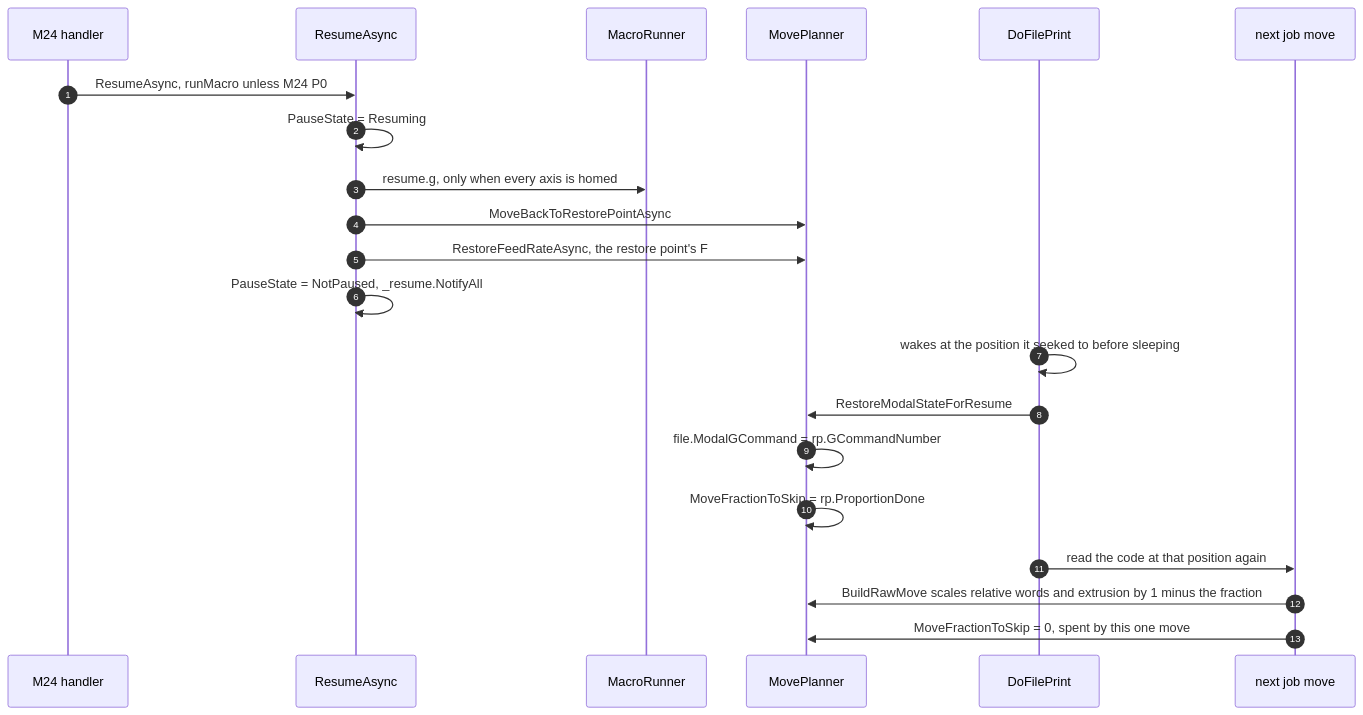
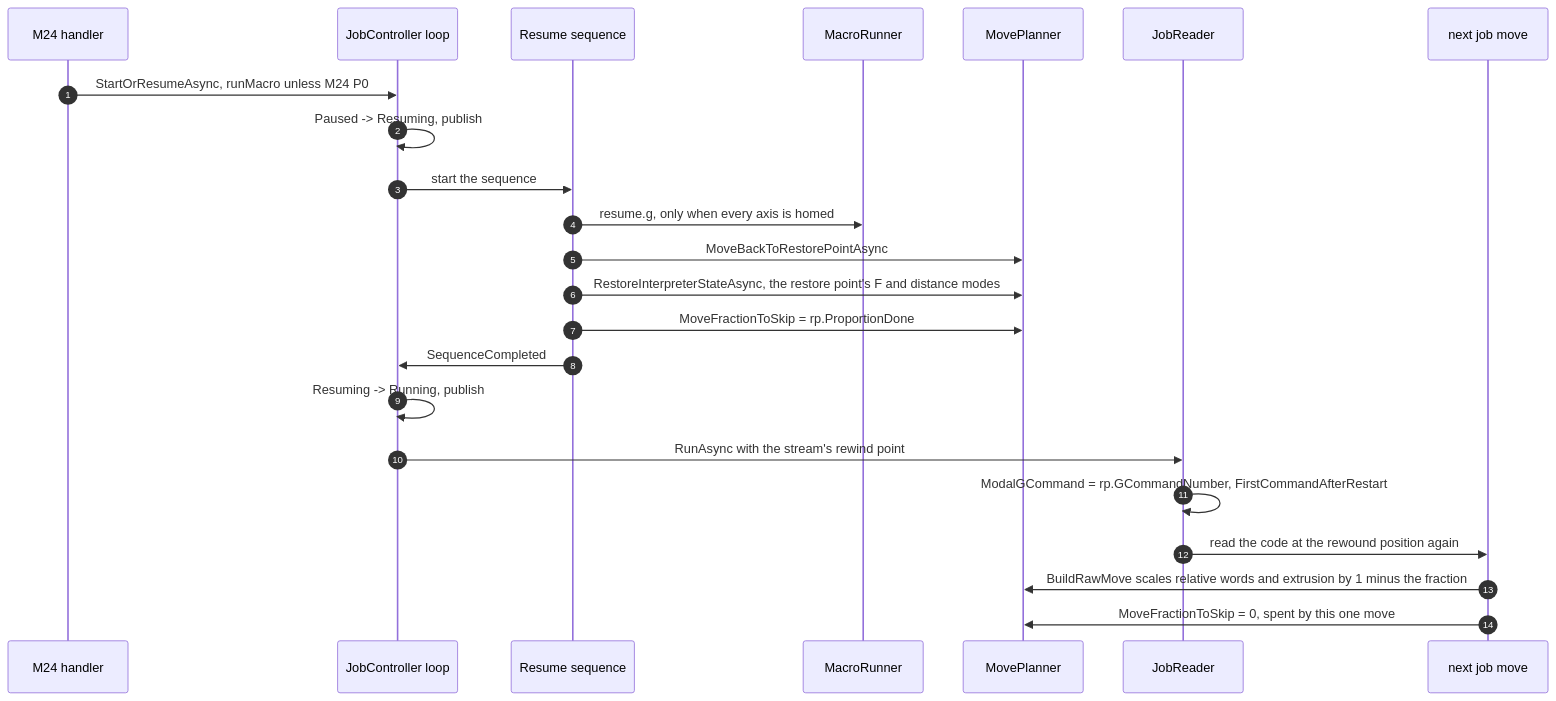
The fourth of 5 diagrams in src/Documentation/articles/pause-and-resume.md (Duet3D/DuetSoftwareFramework), drawn with Mermaid before and after one commit. The commit also changed other lines of this file and 29 other files, not shown here.

````diff
--- a/src/Documentation/articles/pause-and-resume.md
+++ b/src/Documentation/articles/pause-and-resume.md
@@ -280,24 +292,26 @@
 ```mermaid
 sequenceDiagram
     autonumber
     participant M as M24 handler
-    participant R as ResumeAsync
+    participant L as JobController loop
+    participant R as Resume sequence
     participant MR as MacroRunner
     participant PL as MovePlanner
-    participant J as DoFilePrint
+    participant J as JobReader
     participant S as next job move
 
-    M->>R: ResumeAsync, runMacro unless M24 P0
-    R->>R: PauseState = Resuming
+    M->>L: StartOrResumeAsync, runMacro unless M24 P0
+    L->>L: Paused -> Resuming, publish
+    L->>R: start the sequence
     R->>MR: resume.g, only when every axis is homed
     R->>PL: MoveBackToRestorePointAsync
-    R->>PL: RestoreFeedRateAsync, the restore point's F
-    R->>R: PauseState = NotPaused, _resume.NotifyAll
-    J->>J: wakes at the position it seeked to before sleeping
-    J->>PL: RestoreModalStateForResume
-    PL->>PL: file.ModalGCommand = rp.GCommandNumber
-    PL->>PL: MoveFractionToSkip = rp.ProportionDone
-    J->>S: read the code at that position again
+    R->>PL: RestoreInterpreterStateAsync, the restore point's F and distance modes
+    R->>PL: MoveFractionToSkip = rp.ProportionDone
+    R->>L: SequenceCompleted
+    L->>L: Resuming -> Running, publish
+    L->>J: RunAsync with the stream's rewind point
+    J->>J: ModalGCommand = rp.GCommandNumber, FirstCommandAfterRestart
+    J->>S: read the code at the rewound position again
     S->>PL: BuildRawMove scales relative words and extrusion by 1 minus the fraction
     S->>PL: MoveFractionToSkip = 0, spent by this one move
 ```
````
